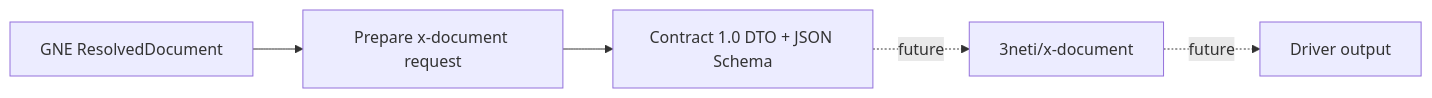
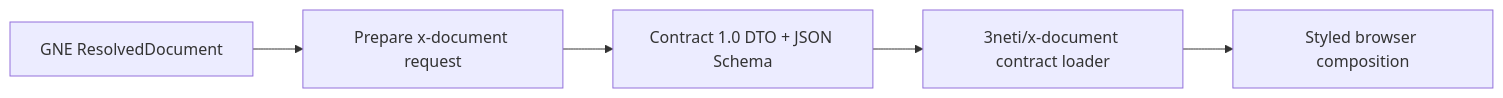
Before and after one commit to 3neti/gne: the third of 4 diagrams in ARCHITECTURE.md, drawn with Mermaid. The commit also changed other lines of this file and 22 other files, not shown here.

````diff
--- a/ARCHITECTURE.md
+++ b/ARCHITECTURE.md
@@ -44,7 +44,7 @@
 ```mermaid
 flowchart LR
   IR[GNE ResolvedDocument] --> A[Prepare x-document request]
   A --> C[Contract 1.0 DTO + JSON Schema]
-  C -. future .-> X[3neti/x-document]
-  X -. future .-> O[Driver output]
+  C --> X[3neti/x-document contract loader]
+  X --> O[Styled browser composition]
 ```
````
